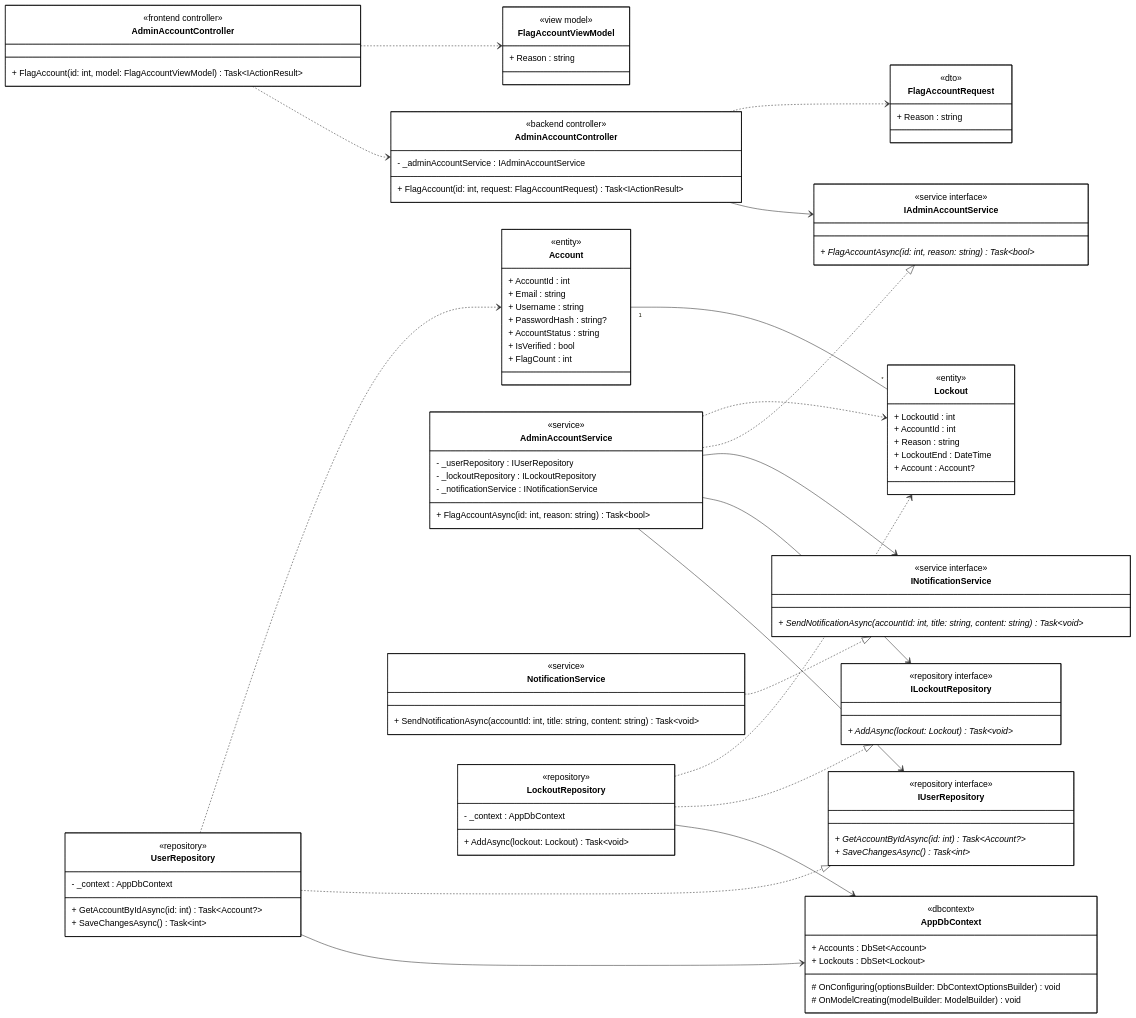
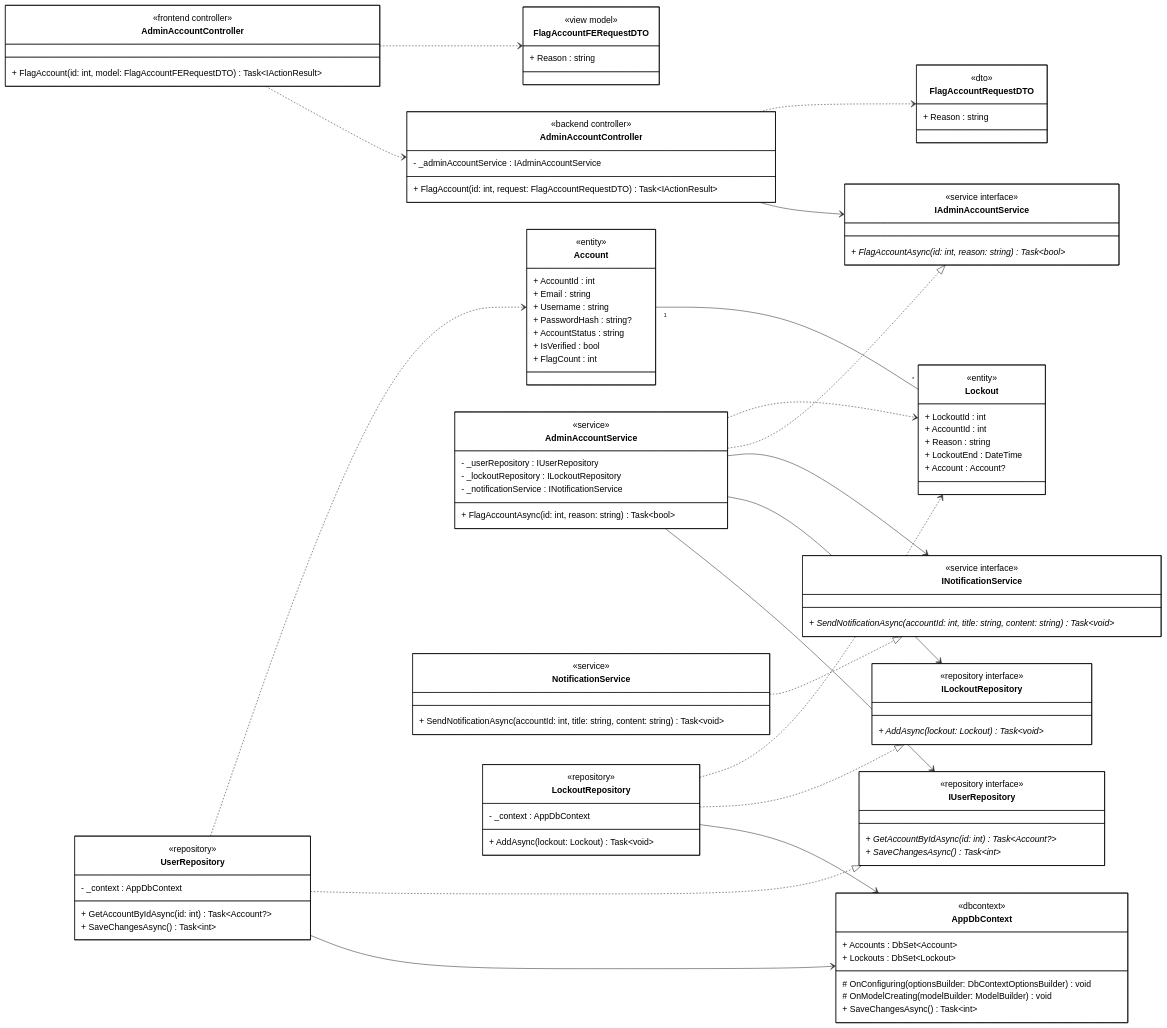
The diagram in diagrams/class_mermaid/manage_account/cls_mm_flag_account.mmd (1000do/Linked), drawn with Mermaid before and after one commit. The commit also changed 28 other files, not shown here.

Commit message:
fix class synced sequence

```diff
--- a/diagrams/class_mermaid/manage_account/cls_mm_flag_account.mmd
+++ b/diagrams/class_mermaid/manage_account/cls_mm_flag_account.mmd
@@ -1,150 +1,151 @@
 classDiagram
 direction LR
 
 %% ==================== FRONTEND ====================
 
 class AdminAccountControllerFE["AdminAccountController"] {
     <<frontend controller>>
-    + FlagAccount(id: int, model: FlagAccountViewModel) Task~IActionResult~
+    + FlagAccount(id: int, model: FlagAccountFERequestDTO) Task~IActionResult~
 }
 
-class FlagAccountViewModel {
+class FlagAccountFERequestDTO {
     <<view model>>
     + Reason : string
 }
 
 %% ==================== BACKEND - CONTROLLER ====================
 
 class AdminAccountControllerBE["AdminAccountController"] {
     <<backend controller>>
     - _adminAccountService : IAdminAccountService
     
-    + FlagAccount(id: int, request: FlagAccountRequest) Task~IActionResult~
+    + FlagAccount(id: int, request: FlagAccountRequestDTO) Task~IActionResult~
 }
 
 %% ==================== BACKEND - DTOs ====================
 
-class FlagAccountRequest {
+class FlagAccountRequestDTO {
     <<dto>>
     + Reason : string
 }
 
 %% ==================== BACKEND - DOMAIN ENTITIES ====================
 
 class Account {
     <<entity>>
     + AccountId : int
     + Email : string
     + Username : string
     + PasswordHash : string?
     + AccountStatus : string
     + IsVerified : bool
     + FlagCount : int
 }
 
 class Lockout {
     <<entity>>
     + LockoutId : int
     + AccountId : int
     + Reason : string
     + LockoutEnd : DateTime
     + Account : Account?
 }
 
 %% ==================== BACKEND - SERVICE INTERFACES ====================
 
 class IAdminAccountService {
     <<service interface>>
     + FlagAccountAsync(id: int, reason: string) Task~bool~ *
 }
 
 class INotificationService {
     <<service interface>>
     + SendNotificationAsync(accountId: int, title: string, content: string) Task~void~ *
 }
 
 class IUserRepository {
     <<repository interface>>
     + GetAccountByIdAsync(id: int) Task~Account?~ *
     + SaveChangesAsync() Task~int~ *
 }
 
 class ILockoutRepository {
     <<repository interface>>
     + AddAsync(lockout: Lockout) Task~void~ *
 }
 
 %% ==================== BACKEND - SERVICE IMPLEMENTATION ====================
 
 class AdminAccountService {
     <<service>>
     - _userRepository : IUserRepository
     - _lockoutRepository : ILockoutRepository
     - _notificationService : INotificationService
     
     + FlagAccountAsync(id: int, reason: string) Task~bool~
 }
 
 class NotificationService {
     <<service>>
     + SendNotificationAsync(accountId: int, title: string, content: string) Task~void~
 }
 
 %% ==================== BACKEND - REPOSITORY IMPLEMENTATION ====================
 
 class UserRepository {
     <<repository>>
     - _context : AppDbContext
     
     + GetAccountByIdAsync(id: int) Task~Account?~
     + SaveChangesAsync() Task~int~
 }
 
 class LockoutRepository {
     <<repository>>
     - _context : AppDbContext
     
     + AddAsync(lockout: Lockout) Task~void~
 }
 
 %% ==================== BACKEND - DbContext ====================
 
 class AppDbContext {
     <<dbcontext>>
     + Accounts : DbSet~Account~
     + Lockouts : DbSet~Lockout~
     
     # OnConfiguring(optionsBuilder: DbContextOptionsBuilder) void
     # OnModelCreating(modelBuilder: ModelBuilder) void
+    + SaveChangesAsync() Task~int~
 }
 
 %% ==================== RELATIONSHIPS ====================
 
 %% === BIDIRECTIONAL ASSOCIATION (solid line) ===
 Account "1" -- "*" Lockout
 
 %% === UNIDIRECTIONAL ASSOCIATION (solid arrow) ===
 AdminAccountControllerBE --> IAdminAccountService
 AdminAccountService --> IUserRepository
 AdminAccountService --> ILockoutRepository
 AdminAccountService --> INotificationService
 UserRepository --> AppDbContext
 LockoutRepository --> AppDbContext
 
 %% === INTERFACE REALIZATION ===
 AdminAccountService ..|> IAdminAccountService
 NotificationService ..|> INotificationService
 UserRepository ..|> IUserRepository
 LockoutRepository ..|> ILockoutRepository
 
 %% === DEPENDENCY (dashed arrows) ===
 AdminAccountControllerFE ..> AdminAccountControllerBE
-AdminAccountControllerFE ..> FlagAccountViewModel
-AdminAccountControllerBE ..> FlagAccountRequest
+AdminAccountControllerFE ..> FlagAccountFERequestDTO
+AdminAccountControllerBE ..> FlagAccountRequestDTO
 AdminAccountService ..> Lockout
 UserRepository ..> Account
 LockoutRepository ..> Lockout
 
 %% ==================== STYLES ====================
 
 classDef default fill:#FFFFFF,stroke:#000000,stroke-width:1px,color:#000000
```
